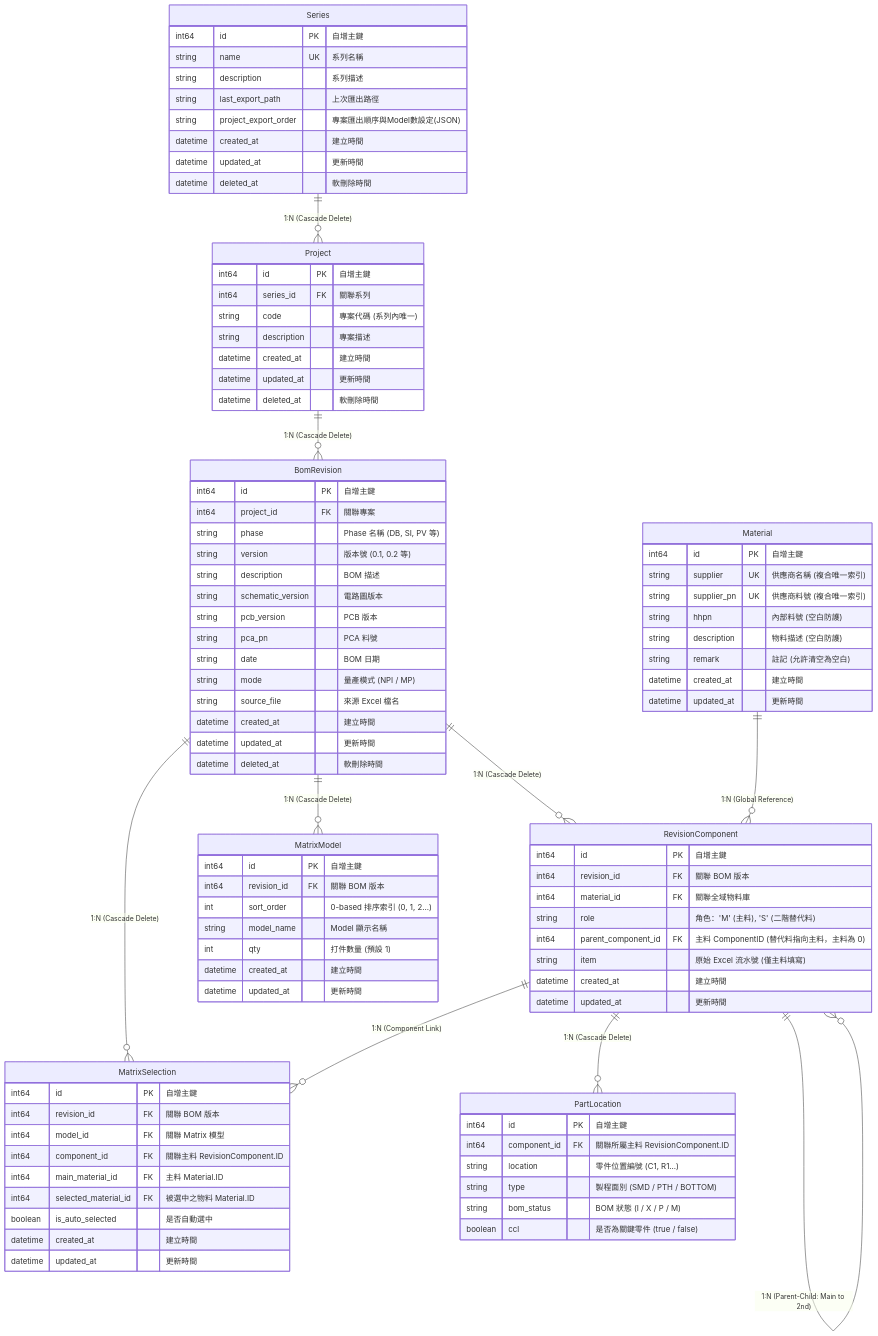
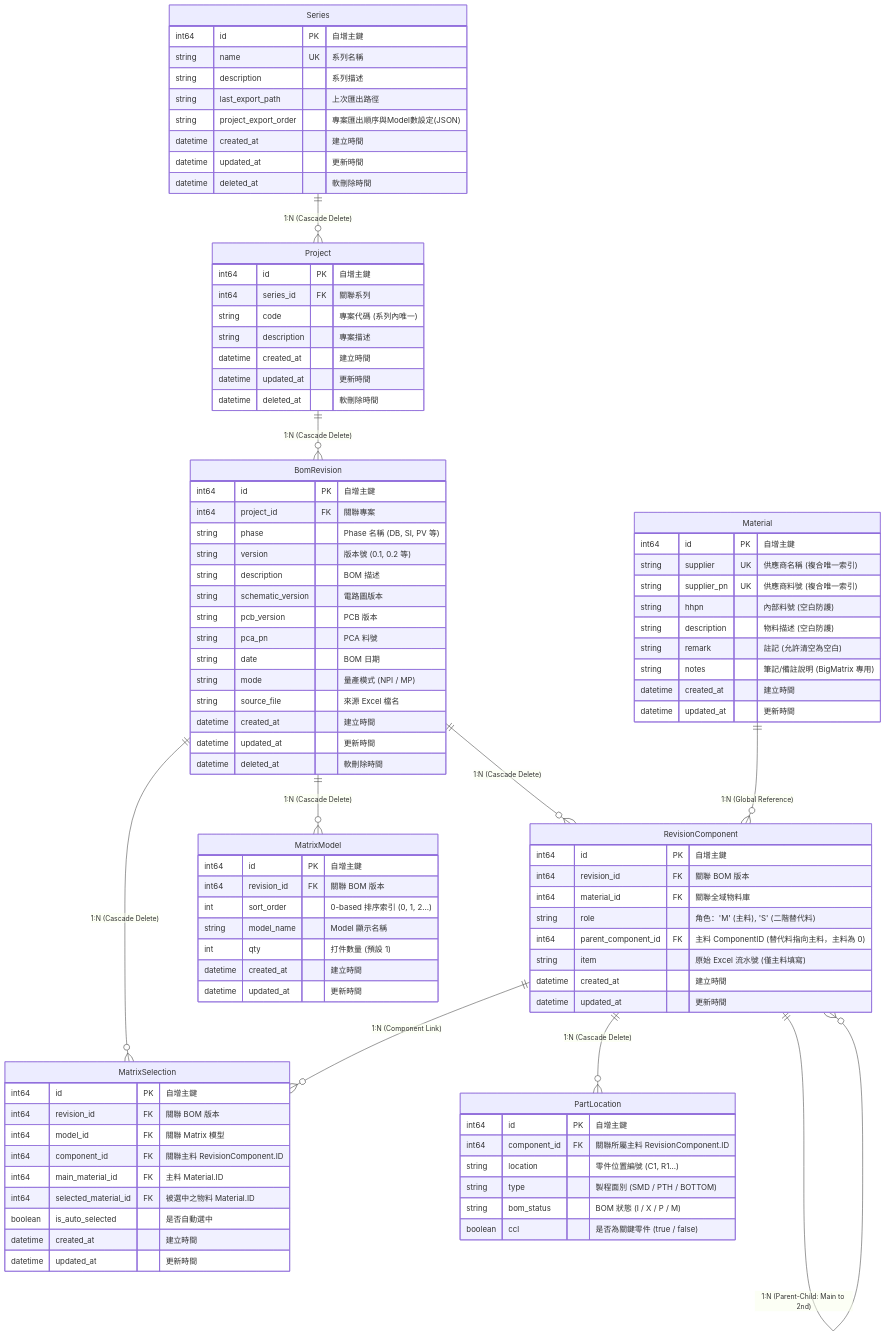
Before and after one commit to AngeloEyez/BOMIX: the diagram in docs/DB_Spec.md, drawn with Mermaid. The commit also changed other lines of this file and 11 other files, not shown here.

```diff
--- a/docs/DB_Spec.md
+++ b/docs/DB_Spec.md
@@ -94,6 +94,7 @@
         string hhpn "內部料號 (空白防護)"
         string description "物料描述 (空白防護)"
         string remark "註記 (允許清空為空白)"
+        string notes "筆記/備註說明 (BigMatrix 專用)"
         datetime created_at "建立時間"
         datetime updated_at "更新時間"
     }
```
